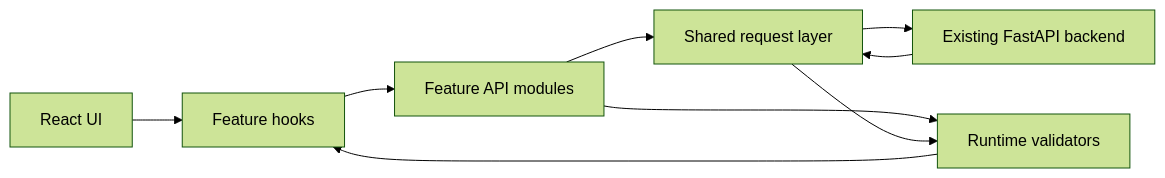
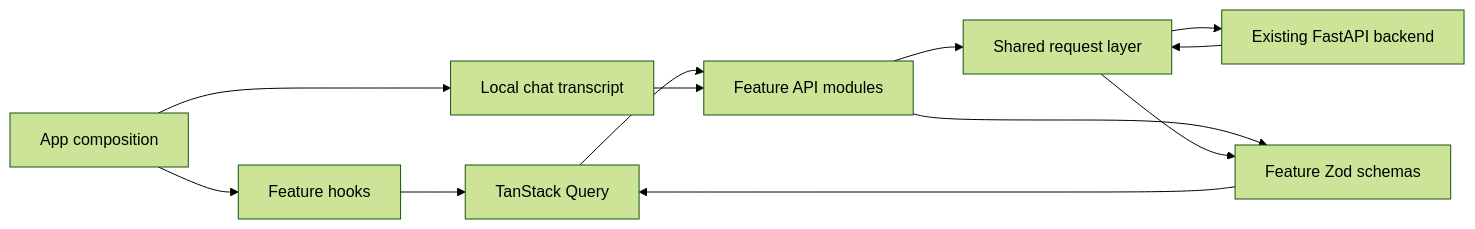
One commit to etonealbert/doc-helper-ai-agent-web changed the first of 2 diagrams in docs/architecture.md. Above: the diagram before and after it, drawn with Mermaid (forest theme). The commit also changed other lines of this file and 76 other files, not shown here.

Commit message:
Added TanStack Query and Zod validation.

````diff
--- a/docs/architecture.md
+++ b/docs/architecture.md
@@ -10,11 +10,14 @@
 ```mermaid
 flowchart LR
-    UI[React UI] --> Hooks[Feature hooks]
-    Hooks --> APIs[Feature API modules]
+    App[App composition] --> Hooks[Feature hooks]
+    App --> Local[Local chat transcript]
+    Hooks --> Query[TanStack Query]
+    Query --> APIs[Feature API modules]
+    Local --> APIs
     APIs --> Request[Shared request layer]
     Request --> Backend[Existing FastAPI backend]
-    APIs --> Validation[Runtime validators]
+    APIs --> Validation[Feature Zod schemas]
     Backend --> Request
     Request --> Validation
-    Validation --> Hooks
+    Validation --> Query
 ```
````
